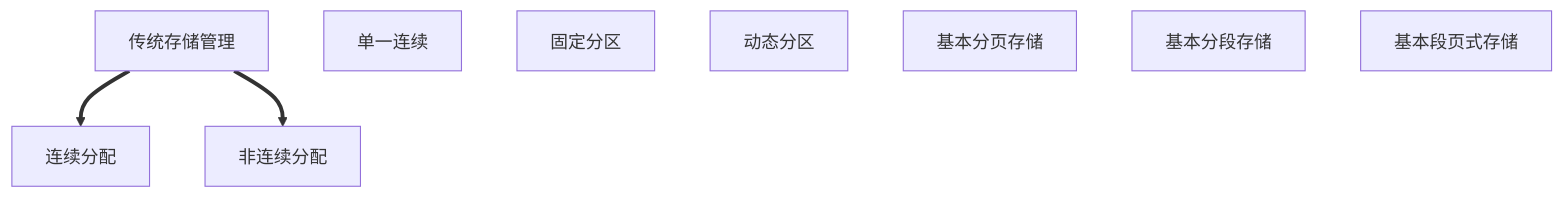
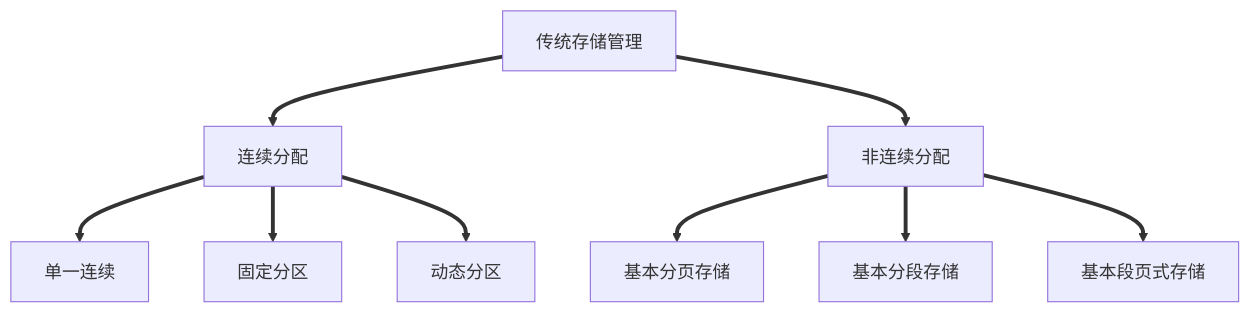
The diagram in learn/408/操作系统/第三章-内存管理.md (MW-S/markdown), drawn with Mermaid before and after one commit. The commit also changed other lines of this file, not shown here.

Commit message:
learn/408/操作系统/第三章-内存管理.md updated from https://stackedit.io/

````diff
--- a/learn/408/操作系统/第三章-内存管理.md
+++ b/learn/408/操作系统/第三章-内存管理.md
@@ -108,14 +108,20 @@
 ```mermaid
 graph TD
 A[传统存储管理]
 B[连续分配]
 C[非连续分配]
 B1[单一连续]
 B2[固定分区]
 B3[动态分区]
 C1[基本分页存储]
 C2[基本分段存储]
 C3[基本段页式存储]
 A==>B
 A==>C
+B==>B1
+B==>B2
+B==>B3
+C==>C1
+C==>C2
+C==>C3
 ```
````
